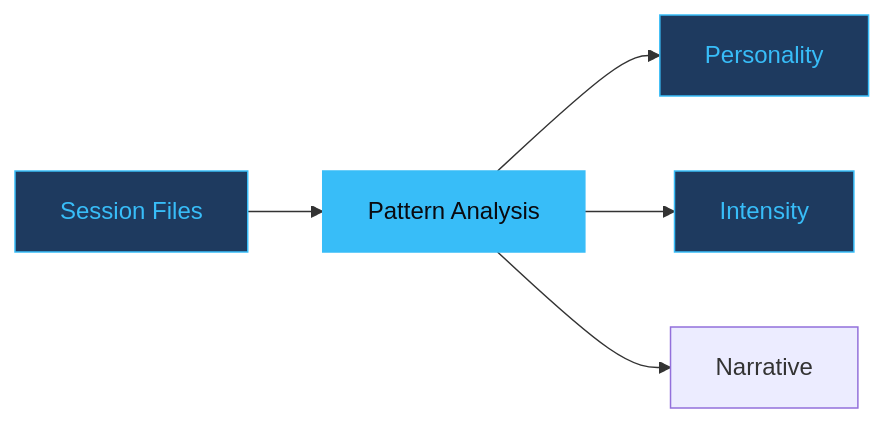
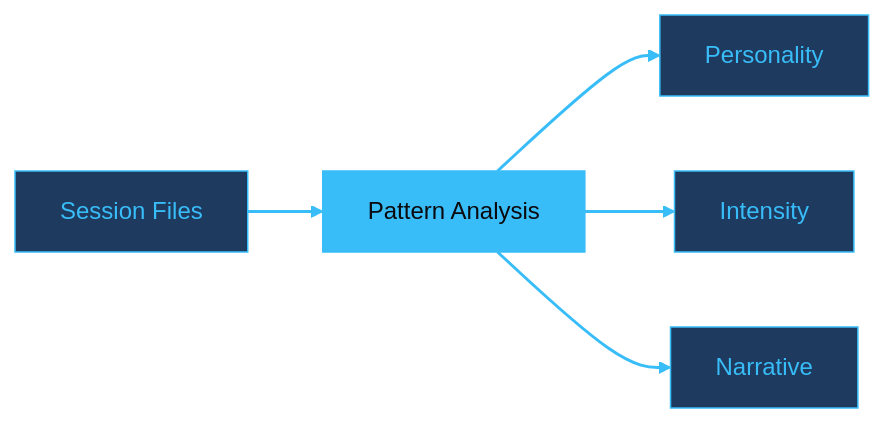
Before and after one commit to adewale/slide-maker: the diagram in decks/claude-history-explorer/slides.md, drawn with Mermaid. The commit also changed other lines of this file and 21 other files, not shown here.

````diff
--- a/decks/claude-history-explorer/slides.md
+++ b/decks/claude-history-explorer/slides.md
@@ -101,9 +101,11 @@
 ```mermaid {theme: 'dark', scale: 0.85}
 graph LR
   A["Session Files"] --> B["Pattern Analysis"]
   B --> C["Personality"] & D["Intensity"] & E["Narrative"]
   style A fill:#1e3a5f,stroke:#38bdf8,color:#38bdf8
   style B fill:#38bdf8,stroke:#38bdf8,color:#0a0a0f
   style C fill:#1e3a5f,stroke:#38bdf8,color:#38bdf8
   style D fill:#1e3a5f,stroke:#38bdf8,color:#38bdf8
+  style E fill:#1e3a5f,stroke:#38bdf8,color:#38bdf8
+  linkStyle default stroke:#38bdf8,stroke-width:2px
 ```
````
